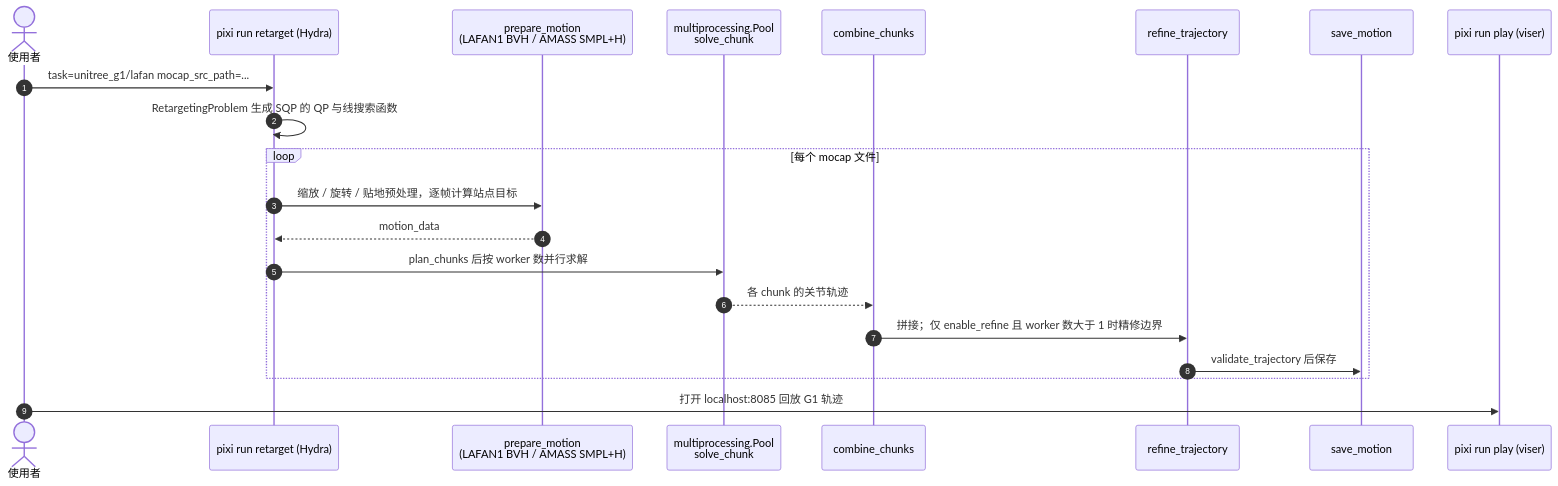
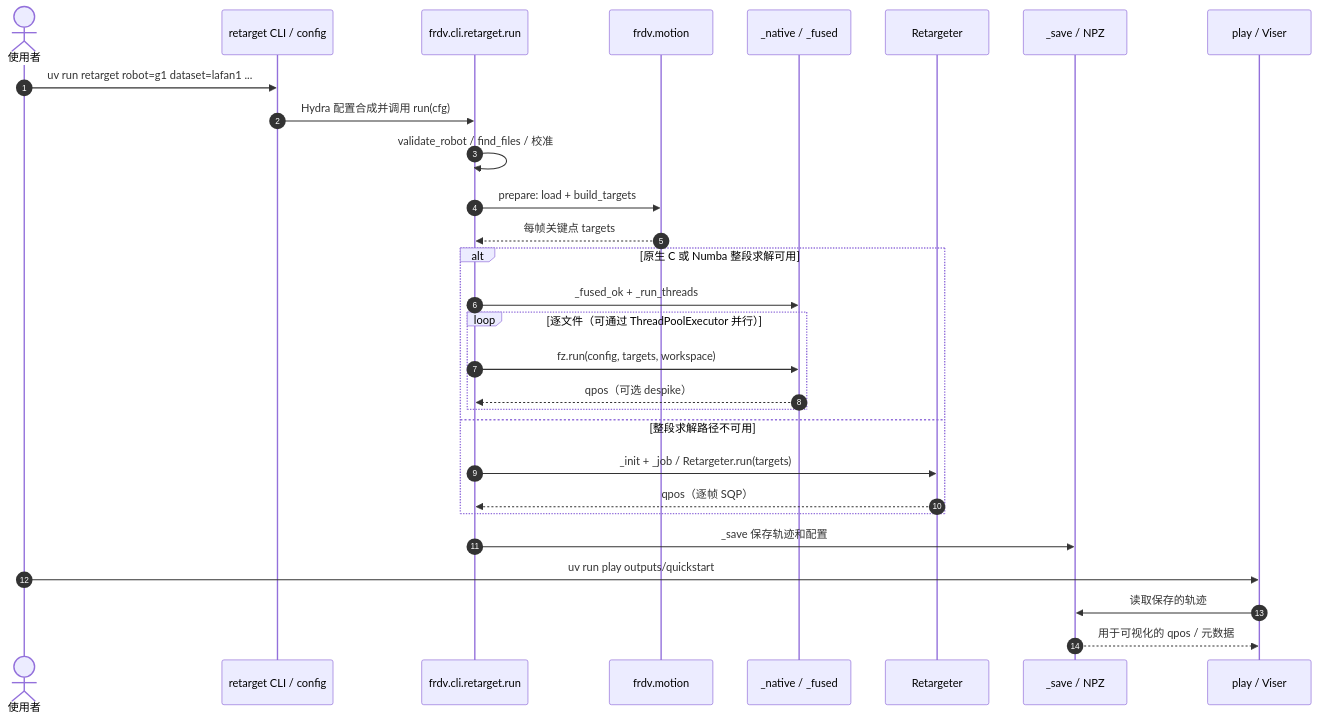
One commit to ImChong/Robotics_Notebooks changed the second of 2 diagrams in wiki/entities/paper-fast-motion-retargeting-pipeline-humanoid.md. Above: the diagram before and after it, drawn with Mermaid. The commit also changed other lines of this file and 4 other files, not shown here.

Commit message:
[2026-11-12] ingest | sources/papers/fast-motion-retargeting-pipeline-humanoid_arxiv_2610_28470.md — 精读 FRDV 并核对 2.0 实现

````diff
--- a/wiki/entities/paper-fast-motion-retargeting-pipeline-humanoid.md
+++ b/wiki/entities/paper-fast-motion-retargeting-pipeline-humanoid.md
@@ -81,23 +108,31 @@
 ```mermaid
 sequenceDiagram
     autonumber
-    actor U as 使用者
-    participant R as pixi run retarget (Hydra)
-    participant L as prepare_motion<br/>(LAFAN1 BVH / AMASS SMPL+H)
-    participant P as multiprocessing.Pool<br/>solve_chunk
-    participant C as combine_chunks
-    participant F as refine_trajectory
-    participant IO as save_motion
-    participant V as pixi run play (viser)
-    U->>R: task=unitree_g1/lafan mocap_src_path=...
-    R->>R: RetargetingProblem 生成 SQP 的 QP 与线搜索函数
-    loop 每个 mocap 文件
-        R->>L: 缩放 / 旋转 / 贴地预处理，逐帧计算站点目标
-        L-->>R: motion_data
-        R->>P: plan_chunks 后按 worker 数并行求解
-        P-->>C: 各 chunk 的关节轨迹
-        C->>F: 拼接；仅 enable_refine 且 worker 数大于 1 时精修边界
-        F->>IO: validate_trajectory 后保存
+    actor User as 使用者
+    participant CLI as retarget CLI / config
+    participant Run as frdv.cli.retarget.run
+    participant Motion as frdv.motion
+    participant Native as _native / _fused
+    participant IK as Retargeter
+    participant Save as _save / NPZ
+    participant View as play / Viser
+    User->>CLI: uv run retarget robot=g1 dataset=lafan1 ...
+    CLI->>Run: Hydra 配置合成并调用 run(cfg)
+    Run->>Run: validate_robot / find_files / 校准
+    Run->>Motion: prepare: load + build_targets
+    Motion-->>Run: 每帧关键点 targets
+    alt 原生 C 或 Numba 整段求解可用
+        Run->>Native: _fused_ok + _run_threads
+        loop 逐文件（可通过 ThreadPoolExecutor 并行）
+            Run->>Native: fz.run(config, targets, workspace)
+            Native-->>Run: qpos（可选 despike）
+        end
+    else 整段求解路径不可用
+        Run->>IK: _init + _job / Retargeter.run(targets)
+        IK-->>Run: qpos（逐帧 SQP）
     end
-    U->>V: 打开 localhost:8085 回放 G1 轨迹
+    Run->>Save: _save 保存轨迹和配置
+    User->>View: uv run play outputs/quickstart
+    View->>Save: 读取保存的轨迹
+    Save-->>View: 用于可视化的 qpos / 元数据
 ```
````
